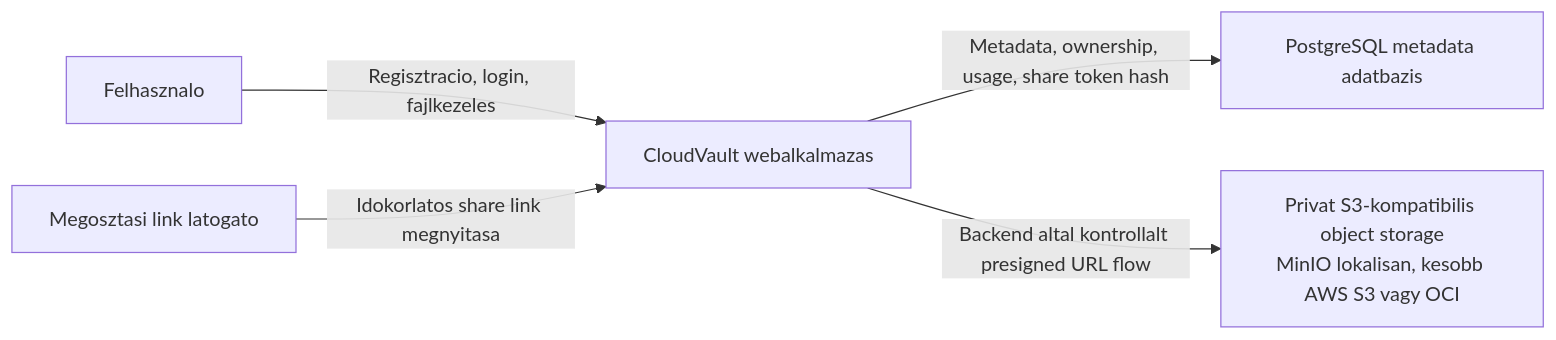
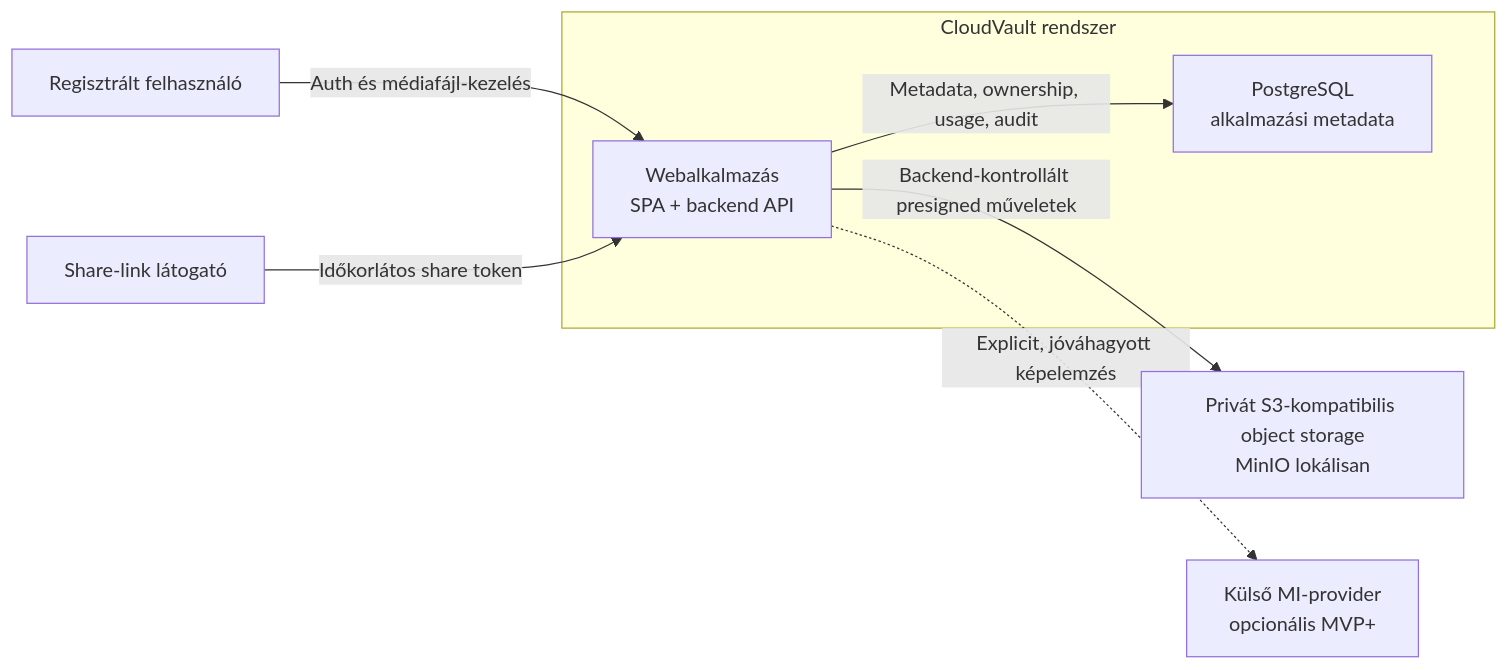
Before and after one commit to ngymarcy88/adattarolas-a-felhoben: the diagram in docs/02_architecture/c4_context.md, drawn with Mermaid. The commit also changed other lines of this file and 47 other files, not shown here.

Commit message:
docs: rebaseline SZD2 architecture and roadmap

````diff
--- a/docs/02_architecture/c4_context.md
+++ b/docs/02_architecture/c4_context.md
@@ -13,13 +13,19 @@
 ```mermaid
 flowchart LR
-    user["Felhasznalo"]
-    visitor["Megosztasi link latogato"]
-    app["CloudVault webalkalmazas"]
-    storage["Privat S3-kompatibilis object storage\nMinIO lokalisan, kesobb AWS S3 vagy OCI"]
-    db["PostgreSQL metadata adatbazis"]
+    user["Regisztrált felhasználó"]
+    visitor["Share-link látogató"]
 
-    user -->|"Regisztracio, login, fajlkezeles"| app
-    visitor -->|"Idokorlatos share link megnyitasa"| app
-    app -->|"Metadata, ownership, usage, share token hash"| db
-    app -->|"Backend altal kontrollalt presigned URL flow"| storage
+    subgraph cloudvault["CloudVault rendszer"]
+        app["Webalkalmazás\nSPA + backend API"]
+        db["PostgreSQL\nalkalmazási metadata"]
+    end
+
+    storage["Privát S3-kompatibilis object storage\nMinIO lokálisan"]
+    ai["Külső MI-provider\nopcionális MVP+"]
+
+    user -->|"Auth és médiafájl-kezelés"| app
+    visitor -->|"Időkorlátos share token"| app
+    app -->|"Metadata, ownership, usage, audit"| db
+    app -->|"Backend-kontrollált presigned műveletek"| storage
+    app -.->|"Explicit, jóváhagyott képelemzés"| ai
 ```
````
